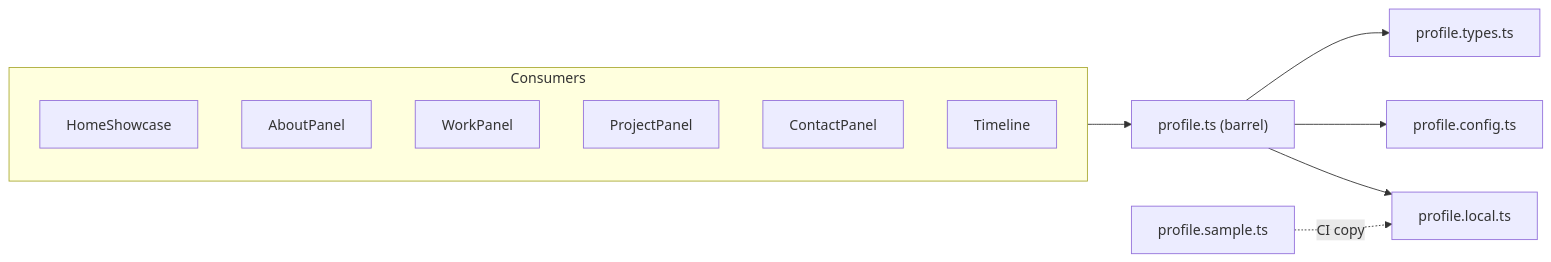
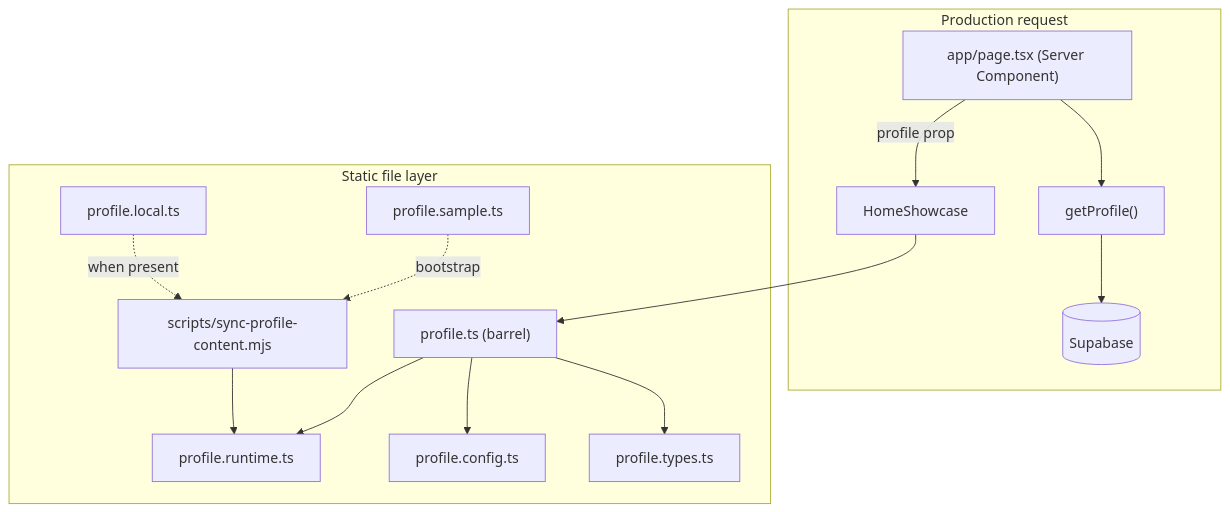
The diagram in docs/profile-data.md (yukl-c/my-web-profile), drawn with Mermaid before and after one commit. The commit also changed other lines of this file and 6 other files, not shown here.

First line of the commit message:
Enhance README and documentation for profile data layer

````diff
--- a/docs/profile-data.md
+++ b/docs/profile-data.md
@@ -163,23 +34,29 @@
 ```mermaid
-flowchart LR
-  subgraph consumers [Consumers]
-    HomeShowcase
-    AboutPanel
-    WorkPanel
-    ProjectPanel
-    ContactPanel
-    Timeline
+flowchart TB
+  subgraph production [Production request]
+    page["app/page.tsx (Server Component)"]
+    getProfile["getProfile()"]
+    supabase[(Supabase)]
+    page --> getProfile --> supabase
+    page -->|profile prop| HomeShowcase
   end
 
-  profile_ts["profile.ts (barrel)"]
-  types["profile.types.ts"]
-  config["profile.config.ts"]
-  local["profile.local.ts"]
-  sample["profile.sample.ts"]
+  subgraph static [Static file layer]
+    profile_ts["profile.ts (barrel)"]
+    types["profile.types.ts"]
+    config["profile.config.ts"]
+    runtime["profile.runtime.ts"]
+    local["profile.local.ts"]
+    sample["profile.sample.ts"]
+    sync["scripts/sync-profile-content.mjs"]
 
-  consumers --> profile_ts
-  profile_ts --> types
-  profile_ts --> config
-  profile_ts --> local
-  sample -.->|CI copy| local
+    profile_ts --> types
+    profile_ts --> config
+    profile_ts --> runtime
+    sync --> runtime
+    local -.->|when present| sync
+    sample -.->|bootstrap| sync
+  end
+
+  HomeShowcase --> profile_ts
 ```
````
